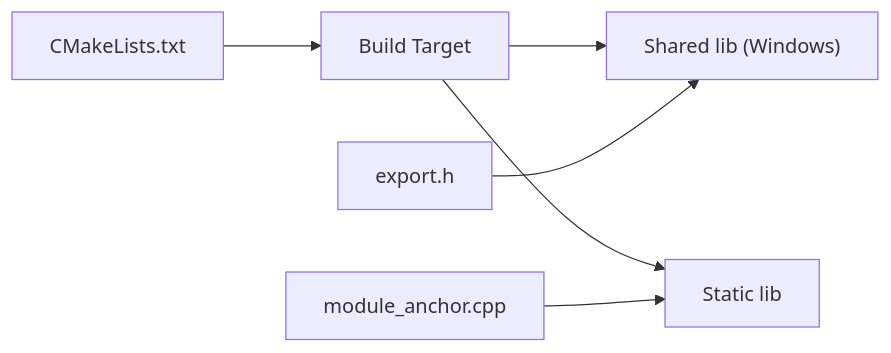
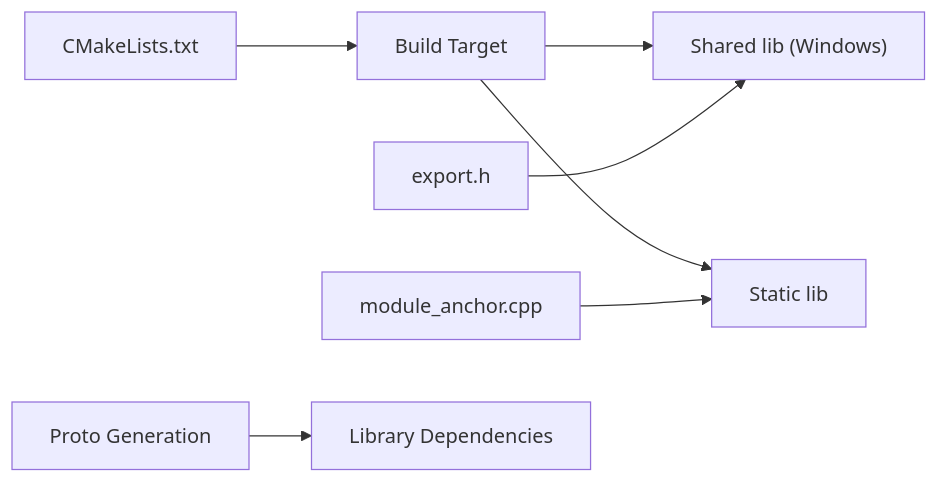
The eighth of 9 diagrams in .qoder/repowiki/en/content/Core Architecture/Pipeline Types Abstraction.md (hsmbanlance/HsBaSlicer), drawn with Mermaid before and after one commit. The commit also changed other lines of this file and 14 other files, not shown here.

````diff
--- a/.qoder/repowiki/en/content/Core Architecture/Pipeline Types Abstraction.md
+++ b/.qoder/repowiki/en/content/Core Architecture/Pipeline Types Abstraction.md
@@ -324,8 +474,9 @@
 ```mermaid
 graph LR
 CMK["CMakeLists.txt"] --> BUILD["Build Target"]
 BUILD --> SHARED["Shared lib (Windows)"]
 BUILD --> STATIC["Static lib"]
 EXPORT["export.h"] --> SHARED
 ANCHOR["module_anchor.cpp"] --> STATIC
+PROTO_GEN["Proto Generation"] --> LIB["Library Dependencies"]
 ```
````
